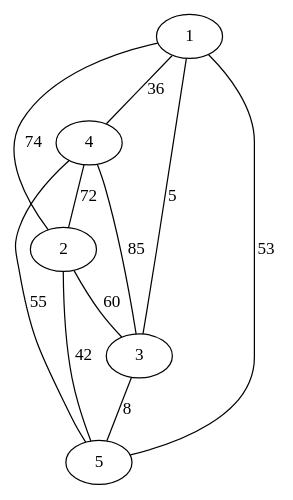
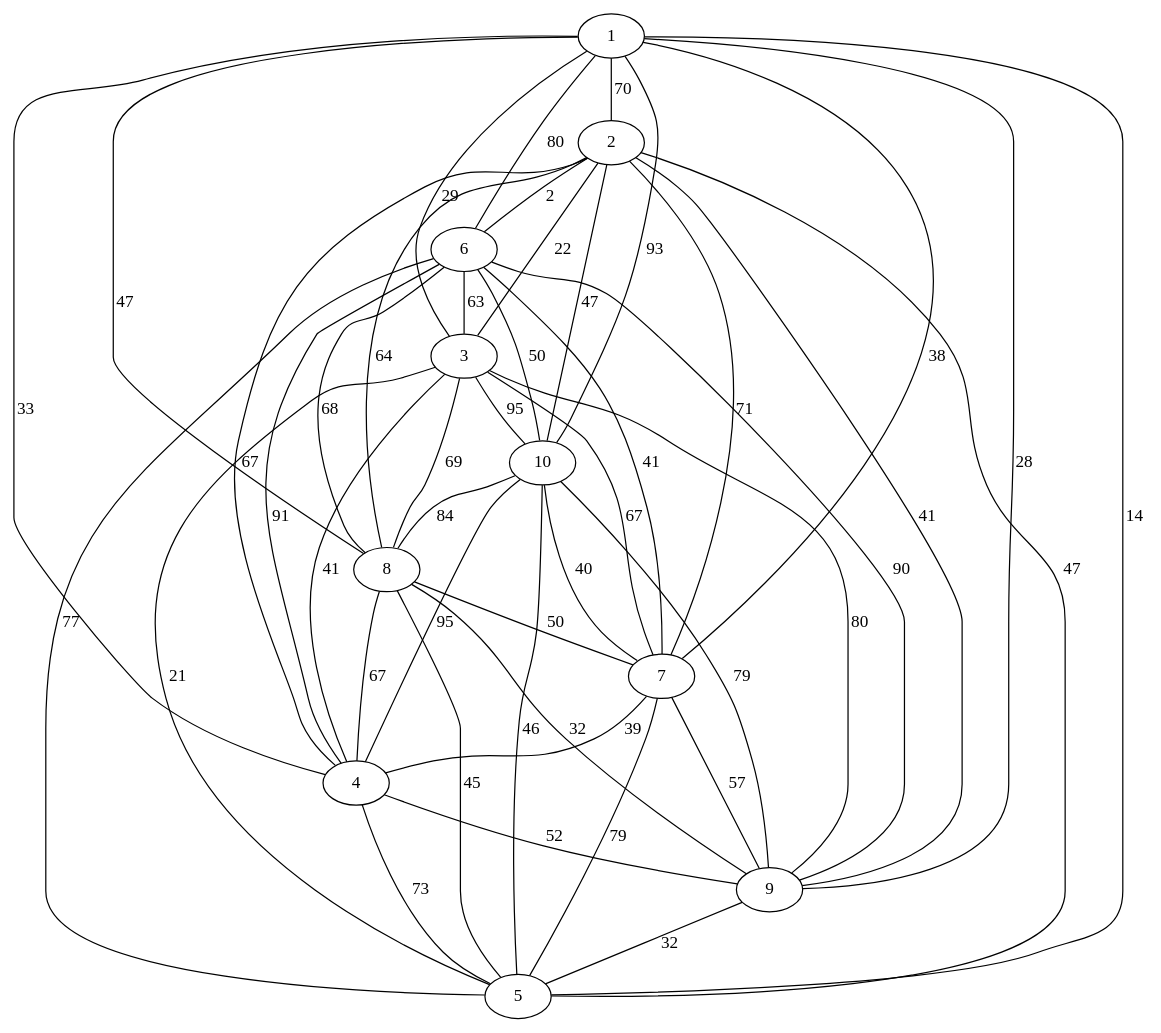
The diagram in proyecto_1/archivos_graphviz/AAPRUEBAMST.dot (ElvisTech007/proyectos_DAA), drawn with Graphviz before and after one commit. The commit also changed 3 other files, not shown here.

```diff
--- a/proyecto_1/archivos_graphviz/AAPRUEBAMST.dot
+++ b/proyecto_1/archivos_graphviz/AAPRUEBAMST.dot
@@ -1,17 +1,57 @@
 graph G_1 {
     1;
     2;
     3;
     4;
     5;
-    2 -- 1 [label="74"];
-    4 -- 3 [label="85"];
-    4 -- 2 [label="72"];
-    5 -- 1 [label="53"];
-    2 -- 3 [label="60"];
-    3 -- 5 [label="8"];
-    2 -- 5 [label="42"];
-    4 -- 5 [label="55"];
-    1 -- 4 [label="36"];
-    3 -- 1 [label="5"];
+    6;
+    7;
+    8;
+    9;
+    10;
+    4 -- 6 [label="91"];
+    1 -- 2 [label="70"];
+    4 -- 2 [label="67"];
+    6 -- 9 [label="90"];
+    5 -- 2 [label="47"];
+    2 -- 6 [label="2"];
+    3 -- 5 [label="21"];
+    8 -- 1 [label="47"];
+    1 -- 6 [label="80"];
+    6 -- 3 [label="63"];
+    2 -- 10 [label="47"];
+    10 -- 9 [label="79"];
+    4 -- 10 [label="95"];
+    3 -- 2 [label="22"];
+    4 -- 3 [label="41"];
+    8 -- 4 [label="67"];
+    4 -- 5 [label="73"];
+    8 -- 9 [label="32"];
+    8 -- 6 [label="68"];
+    7 -- 5 [label="79"];
+    7 -- 4 [label="39"];
+    10 -- 1 [label="93"];
+    10 -- 8 [label="84"];
+    2 -- 8 [label="64"];
+    7 -- 3 [label="67"];
+    10 -- 6 [label="50"];
+    1 -- 5 [label="14"];
+    3 -- 8 [label="69"];
+    8 -- 7 [label="50"];
+    7 -- 9 [label="57"];
+    4 -- 9 [label="52"];
+    3 -- 10 [label="95"];
+    10 -- 5 [label="46"];
+    7 -- 10 [label="40"];
+    9 -- 1 [label="28"];
+    3 -- 1 [label="29"];
+    3 -- 9 [label="80"];
+    1 -- 7 [label="38"];
+    7 -- 2 [label="71"];
+    9 -- 5 [label="32"];
+    5 -- 6 [label="77"];
+    6 -- 7 [label="41"];
+    4 -- 1 [label="33"];
+    8 -- 5 [label="45"];
+    9 -- 2 [label="41"];
 }
```
